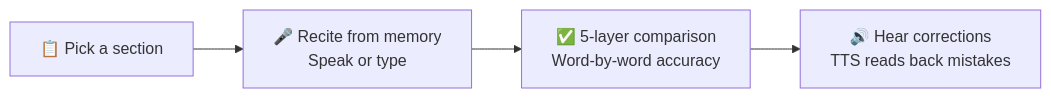
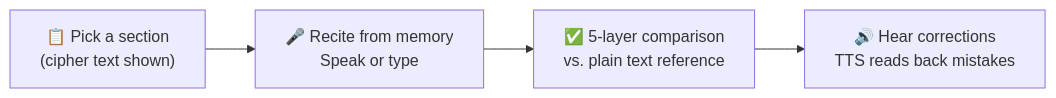
The fourth of 9 diagrams in README.md (mcleods777/Masonic-Ritual-AI-Mentor), drawn with Mermaid before and after one commit. The commit also changed other lines of this file and 4 other files, not shown here.

First line of the commit message:
Update docs for .mram format, fix cipher text display in Listen/Rehearsal modes

````diff
--- a/README.md
+++ b/README.md
@@ -58,6 +113,6 @@
 ```mermaid
 flowchart LR
-    A["📋 Pick a section"] --> B["🎤 Recite from memory\nSpeak or type"]
-    B --> C["✅ 5-layer comparison\nWord-by-word accuracy"]
+    A["📋 Pick a section\n(cipher text shown)"] --> B["🎤 Recite from memory\nSpeak or type"]
+    B --> C["✅ 5-layer comparison\nvs. plain text reference"]
     C --> D["🔊 Hear corrections\nTTS reads back mistakes"]
 ```
````
